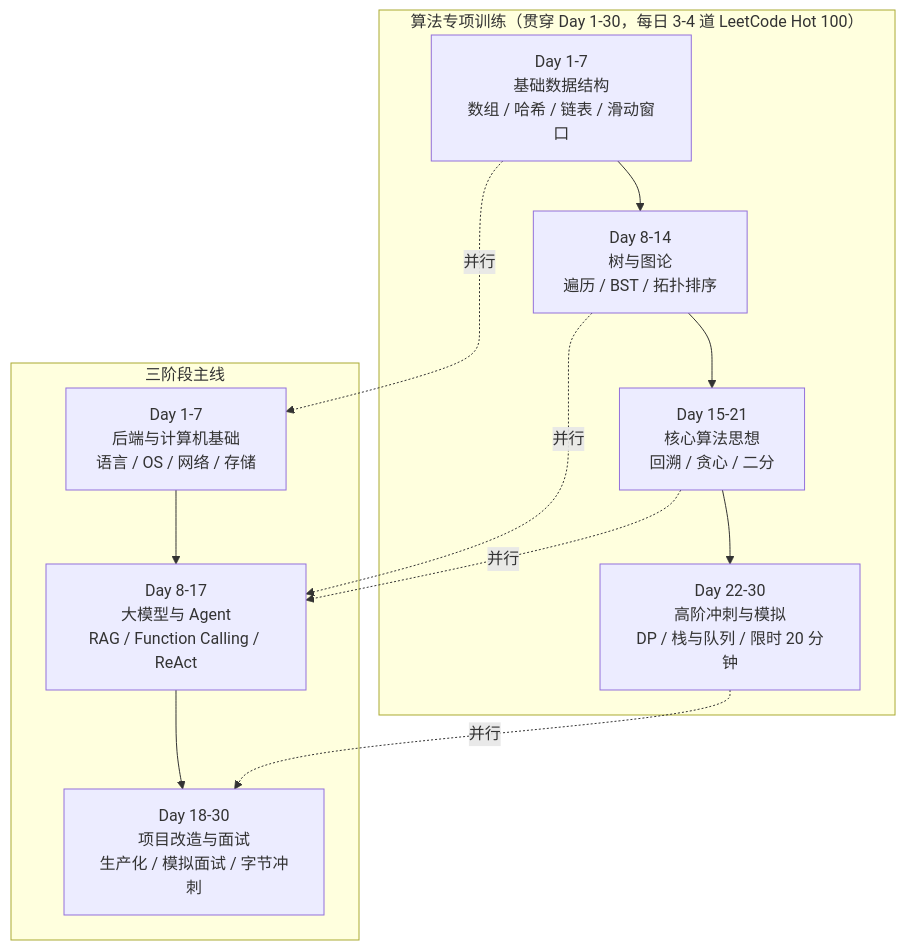
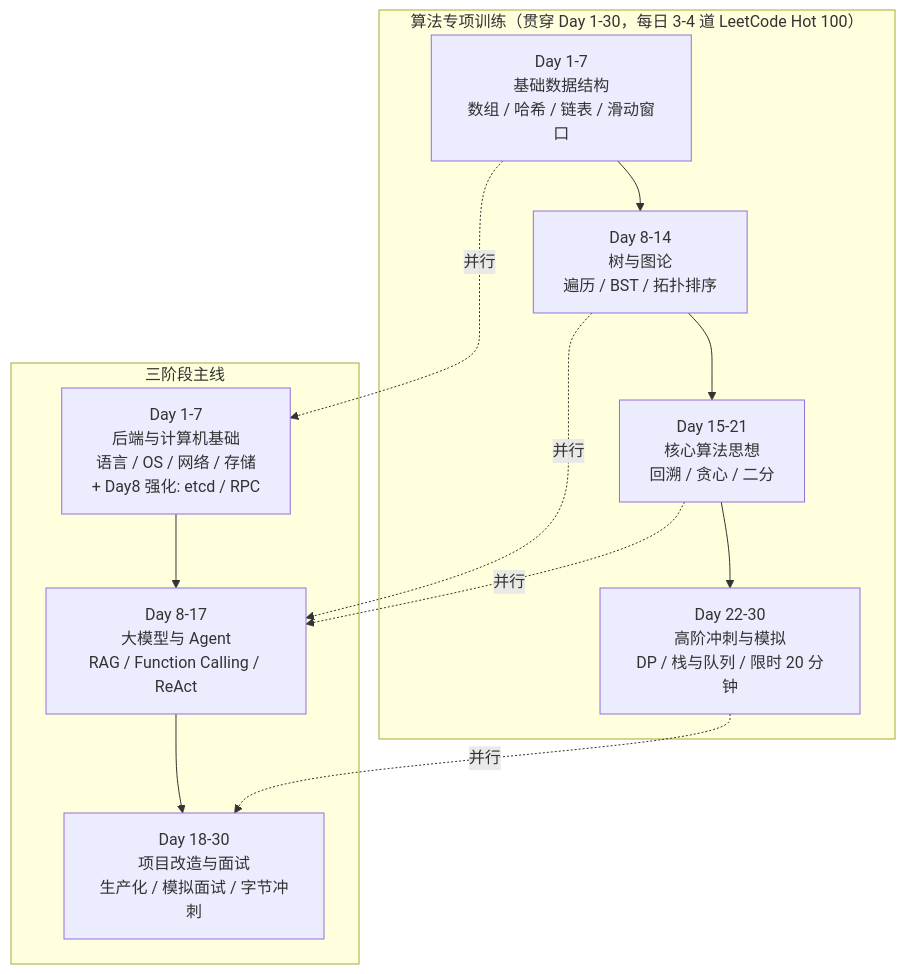
The diagram in docs/路线专题/index.md (Bin-hy/go-campus), drawn with Mermaid before and after one commit. The commit also changed other lines of this file and 12 other files, not shown here.

First line of the commit message:
feat(route): 后端专题新增 Day8 etcd 与 RPC 强化日 + 两个实操练习

````diff
--- a/docs/路线专题/index.md
+++ b/docs/路线专题/index.md
@@ -8,20 +8,20 @@
 ```mermaid
 flowchart TB
     subgraph 算法专项["算法专项训练（贯穿 Day 1-30，每日 3-4 道 LeetCode Hot 100）"]
         A1["Day 1-7<br/>基础数据结构<br/>数组 / 哈希 / 链表 / 滑动窗口"]
         A2["Day 8-14<br/>树与图论<br/>遍历 / BST / 拓扑排序"]
         A3["Day 15-21<br/>核心算法思想<br/>回溯 / 贪心 / 二分"]
         A4["Day 22-30<br/>高阶冲刺与模拟<br/>DP / 栈与队列 / 限时 20 分钟"]
     end
     subgraph 主线["三阶段主线"]
-        B1["Day 1-7<br/>后端与计算机基础<br/>语言 / OS / 网络 / 存储"]
+        B1["Day 1-7<br/>后端与计算机基础<br/>语言 / OS / 网络 / 存储<br/>+ Day8 强化: etcd / RPC"]
         B2["Day 8-17<br/>大模型与 Agent<br/>RAG / Function Calling / ReAct"]
         B3["Day 18-30<br/>项目改造与面试<br/>生产化 / 模拟面试 / 字节冲刺"]
     end
     A1 --> A2 --> A3 --> A4
     B1 --> B2 --> B3
     A1 -. 并行 .-> B1
     A2 -. 并行 .-> B2
     A3 -. 并行 .-> B2
     A4 -. 并行 .-> B3
 ```
````
